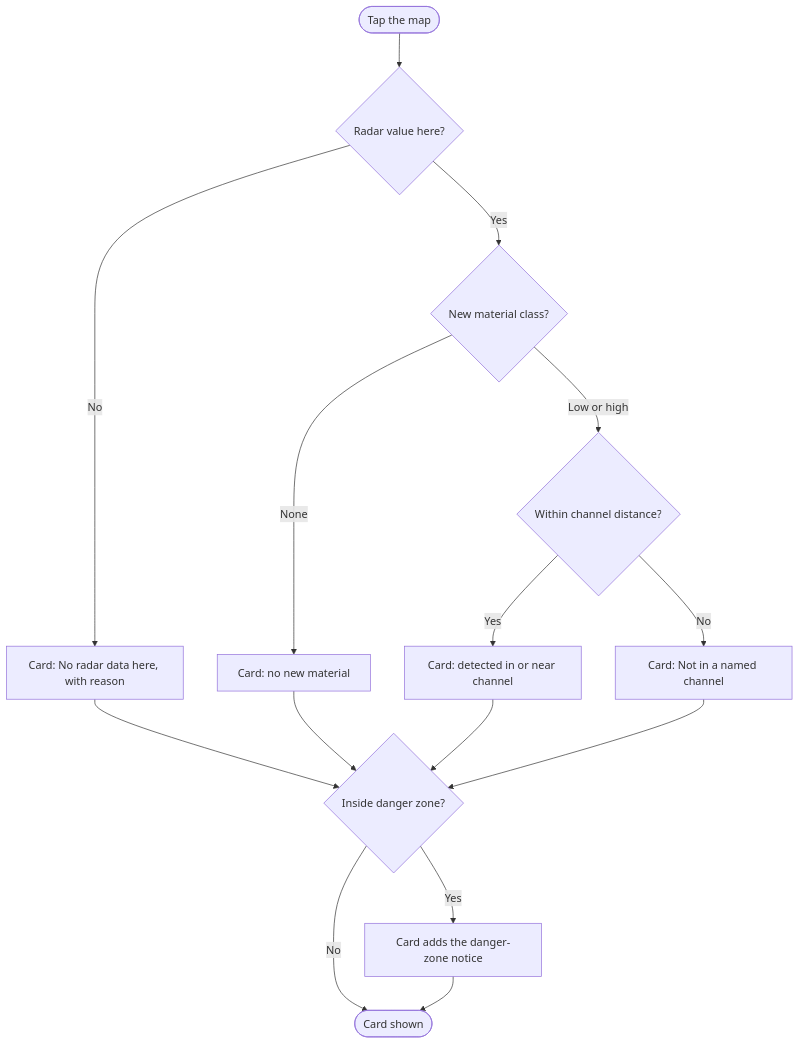
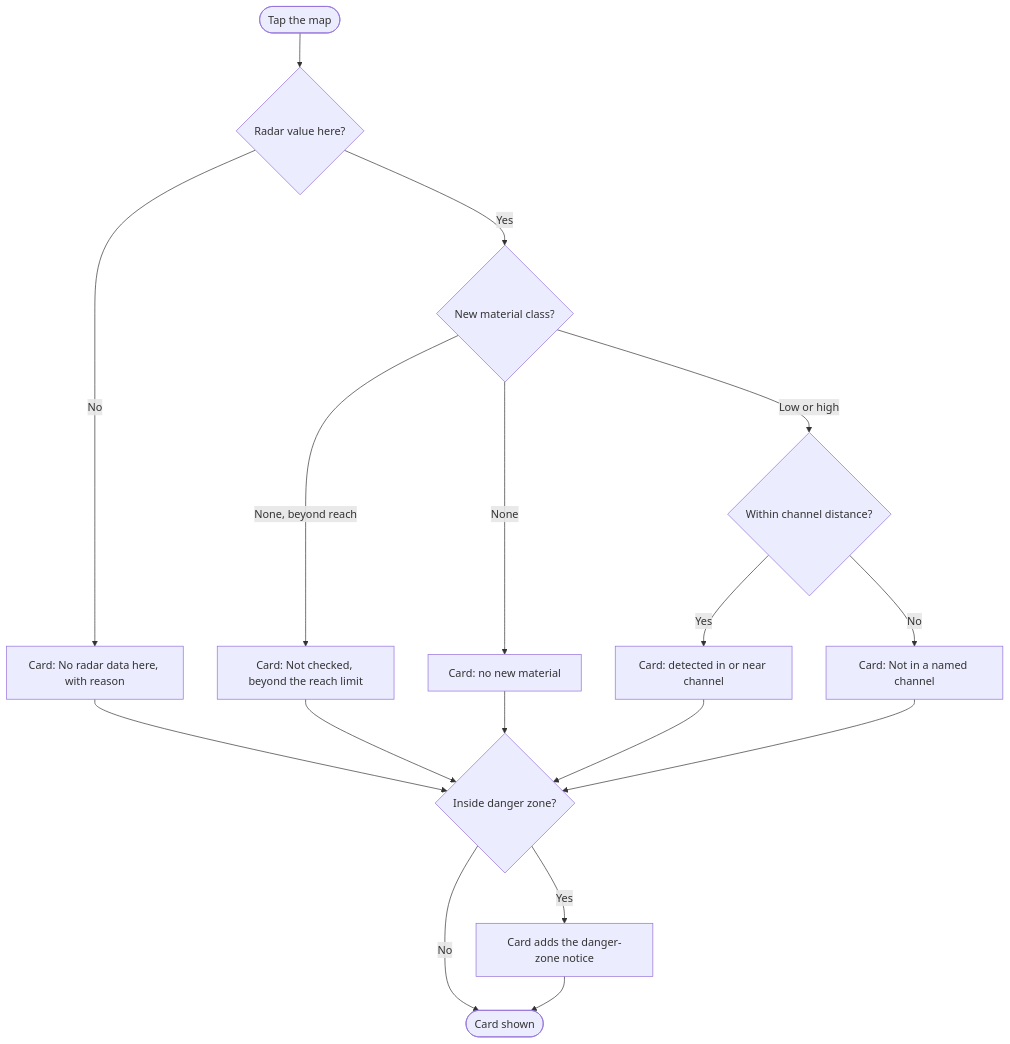
The fourth of 9 diagrams in docs/03-user-flows.md (BontoJamesRod/groudon-s-land-in-albay), drawn with Mermaid before and after one commit. The commit also changed other lines of this file and 10 other files, not shown here.

Commit message:
T-068: record the final rule, the 10 km reach limit, the lifted blind cutoff and the held pair

````diff
--- a/docs/03-user-flows.md
+++ b/docs/03-user-flows.md
@@ -86,17 +86,19 @@
 ```mermaid
 flowchart TD
     A(["Tap the map"]) --> B{"Radar value here?"}
     B -- No --> C["Card: No radar data here, with reason"]
     B -- Yes --> D{"New material class?"}
+    D -- "None, beyond reach" --> R["Card: Not checked, beyond the reach limit"]
     D -- None --> E["Card: no new material"]
     D -- "Low or high" --> F{"Within channel distance?"}
     F -- Yes --> G["Card: detected in or near channel"]
     F -- No --> H["Card: Not in a named channel"]
     C --> I{"Inside danger zone?"}
+    R --> I
     E --> I
     G --> I
     H --> I
     I -- Yes --> J["Card adds the danger-zone notice"]
     I -- No --> K(["Card shown"])
     J --> K
 ```
````
